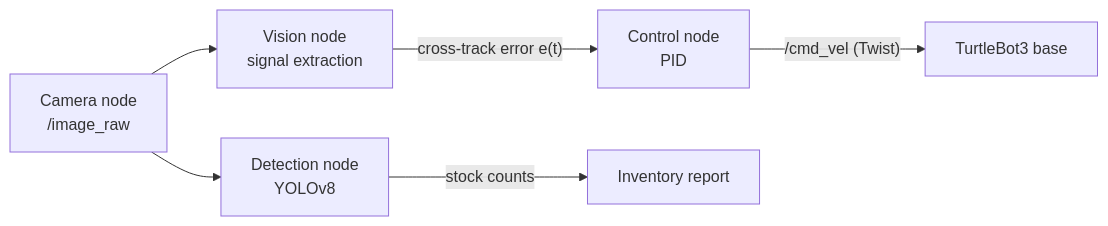
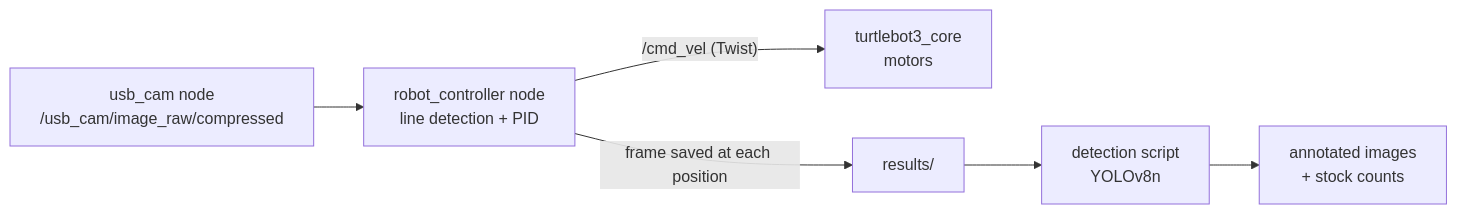
The diagram in README.md (JosephJames01/linefollow_detectionsys), drawn with Mermaid before and after one commit. The commit also changed other lines of this file, not shown here.

````diff
--- a/README.md
+++ b/README.md
@@ -13,8 +15,8 @@
 ```mermaid
 flowchart LR
-    CAM["Camera node<br/>/image_raw"] --> VIS["Vision node<br/>signal extraction"]
-    VIS -- "cross-track error e(t)" --> CTRL["Control node<br/>PID"]
-    CTRL -- "/cmd_vel (Twist)" --> BOT["TurtleBot3 base"]
-    CAM --> DET["Detection node<br/>YOLOv8"]
-    DET -- "stock counts" --> REP["Inventory report"]
+    CAM["usb_cam node<br/>/usb_cam/image_raw/compressed"] --> RC["robot_controller node<br/>line detection + PID"]
+    RC -->|"/cmd_vel (Twist)"| CORE["turtlebot3_core<br/>motors"]
+    RC -->|"frame saved at each position"| FOLDER["results/"]
+    FOLDER --> DET["detection script<br/>YOLOv8n"]
+    DET --> OUT["annotated images<br/>+ stock counts"]
 ```
````
